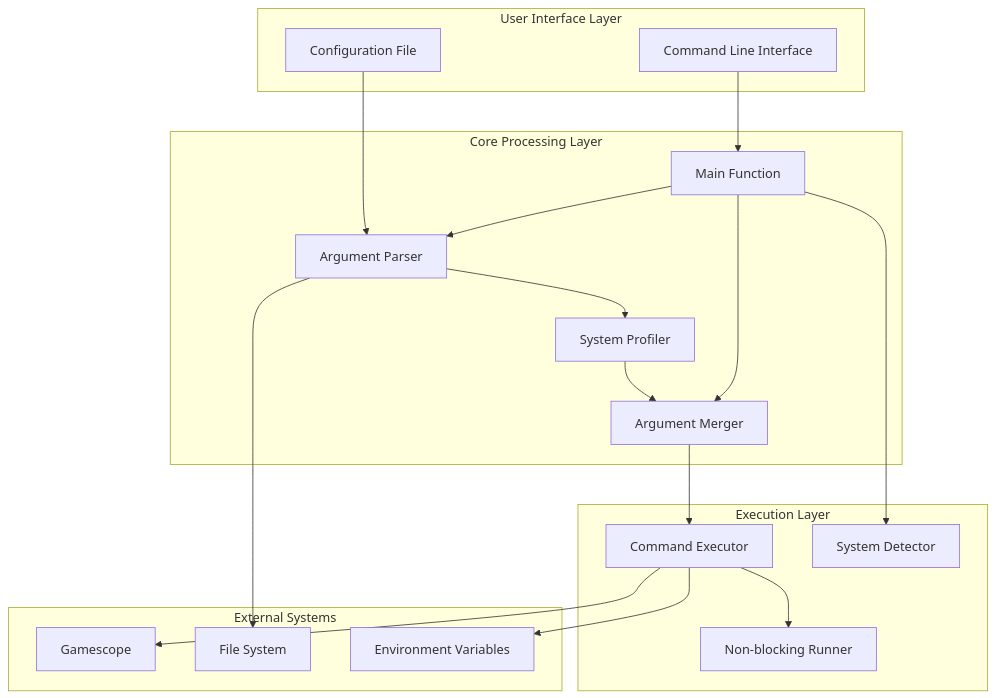
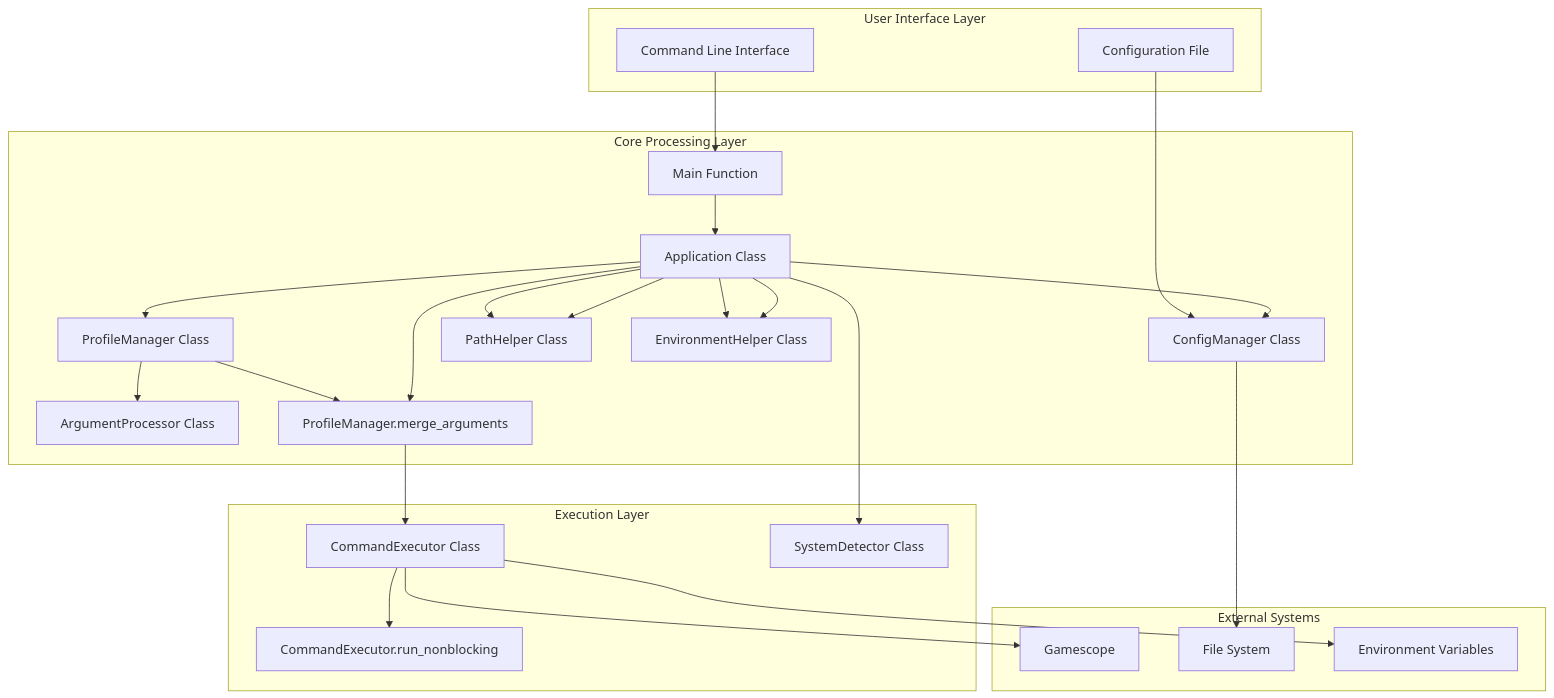
Before and after one commit to WombatFromHell/neoscopebuddy: the second of 3 diagrams in DESIGN.md, drawn with Mermaid. The commit also changed other lines of this file and 7 other files, not shown here.

````diff
--- a/DESIGN.md
+++ b/DESIGN.md
@@ -153,39 +183,49 @@
 ```mermaid
 graph TB
     subgraph "User Interface Layer"
         CLI[Command Line Interface]
         Config[Configuration File]
     end
 
     subgraph "Core Processing Layer"
         Main[Main Function]
-        Parser[Argument Parser]
-        Profile[System Profiler]
-        Merger[Argument Merger]
+        App[Application Class]
+        ProfileManager[ProfileManager Class]
+        ConfigManager[ConfigManager Class]
+        ArgProcessor[ArgumentProcessor Class]
+        Merger[ProfileManager.merge_arguments]
+        PathHelper[PathHelper Class]
+        EnvHelper[EnvironmentHelper Class]
     end
 
     subgraph "Execution Layer"
-        Executor[Command Executor]
-        Runner[Non-blocking Runner]
-        Detector[System Detector]
+        Executor[CommandExecutor Class]
+        Runner[CommandExecutor.run_nonblocking]
+        Detector[SystemDetector Class]
     end
 
     subgraph "External Systems"
         Gamescope[Gamescope]
         FS[File System]
         Env[Environment Variables]
     end
 
     CLI --> Main
-    Config --> Parser
-    Main --> Parser
-    Parser --> Profile
-    Profile --> Merger
-    Main --> Merger
+    Main --> App
+    Config --> ConfigManager
+    App --> ProfileManager
+    App --> ConfigManager
+    App --> PathHelper
+    App --> EnvHelper
+    ProfileManager --> Merger
+    App --> Merger
     Merger --> Executor
-    Main --> Detector
+    App --> Detector
     Executor --> Runner
     Executor --> Gamescope
-    Parser --> FS
+    ProfileManager --> ArgProcessor
+    ConfigManager --> FS
     Executor --> Env
+    App --> PathHelper
+    App --> EnvHelper
 ```
````
